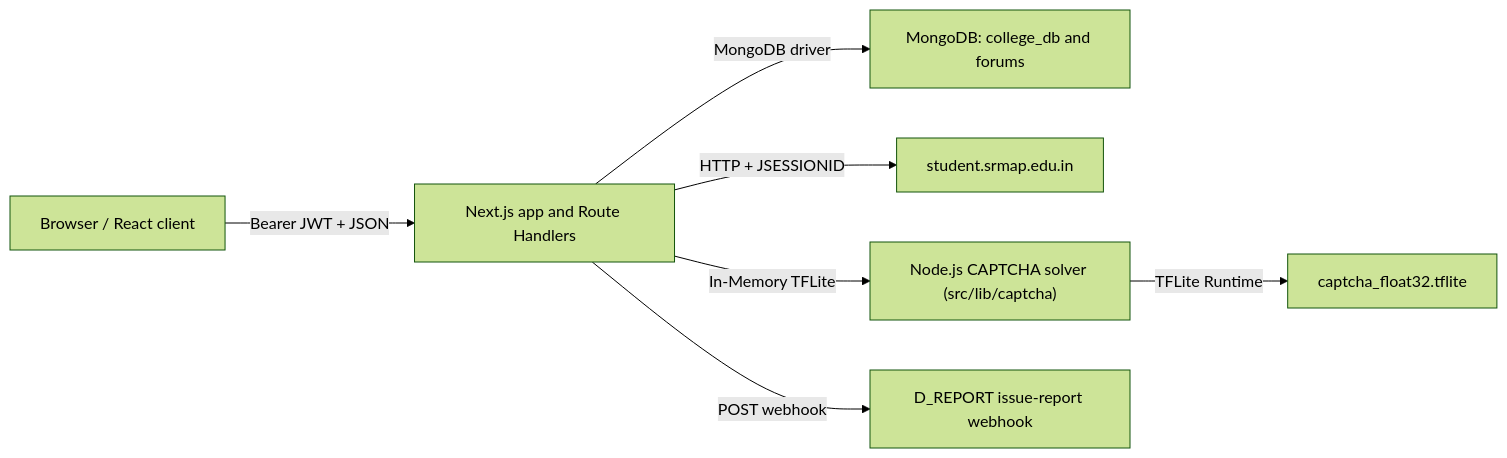
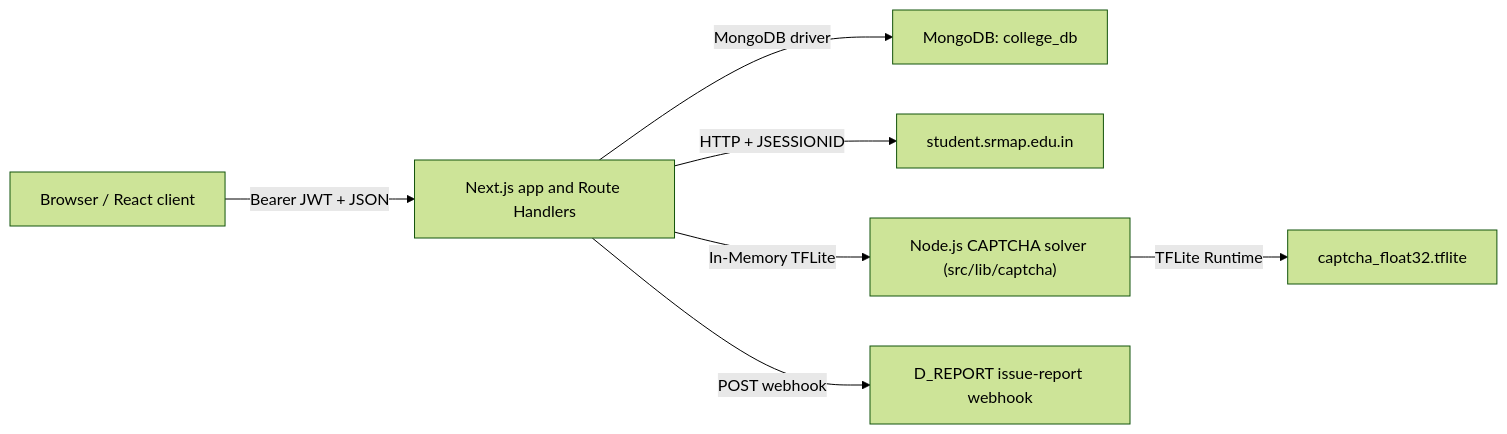
The diagram in workflow.md (StoreVia/Srmap-Api), drawn with Mermaid (forest theme) before and after one commit. The commit also changed other lines of this file and 19 other files, not shown here.

````diff
--- a/workflow.md
+++ b/workflow.md
@@ -22,9 +22,9 @@
 ```mermaid
 flowchart LR
   Browser["Browser / React client"] -->|"Bearer JWT + JSON"| Next["Next.js app and Route Handlers"]
-  Next -->|"MongoDB driver"| Mongo["MongoDB: college_db and forums"]
+  Next -->|"MongoDB driver"| Mongo["MongoDB: college_db"]
   Next -->|"HTTP + JSESSIONID"| SRM["student.srmap.edu.in"]
   Next -->|"In-Memory TFLite"| Captcha["Node.js CAPTCHA solver (src/lib/captcha)"]
   Captcha -->|"TFLite Runtime"| Model["captcha_float32.tflite"]
   Next -->|"POST webhook"| Report["D_REPORT issue-report webhook"]
 ```
````
